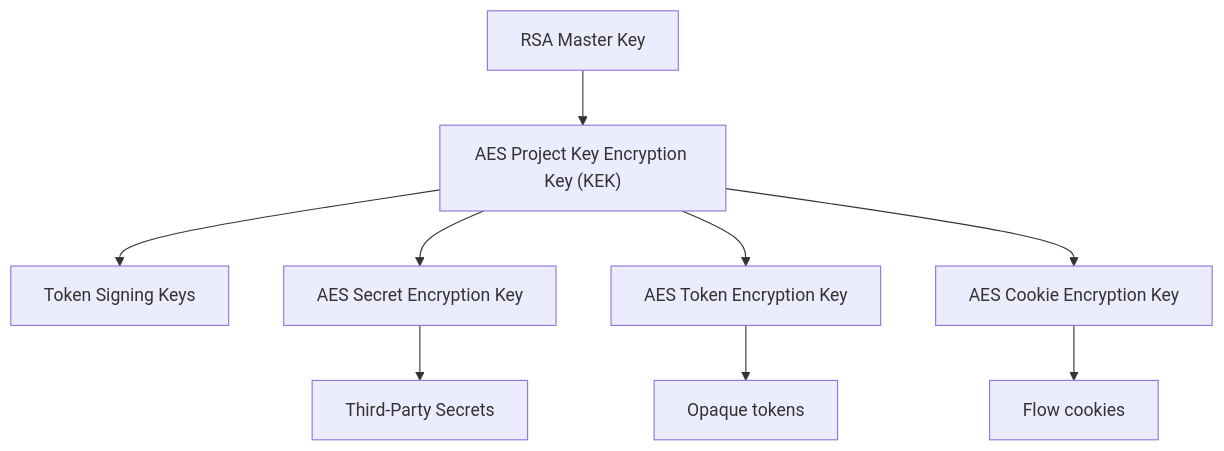
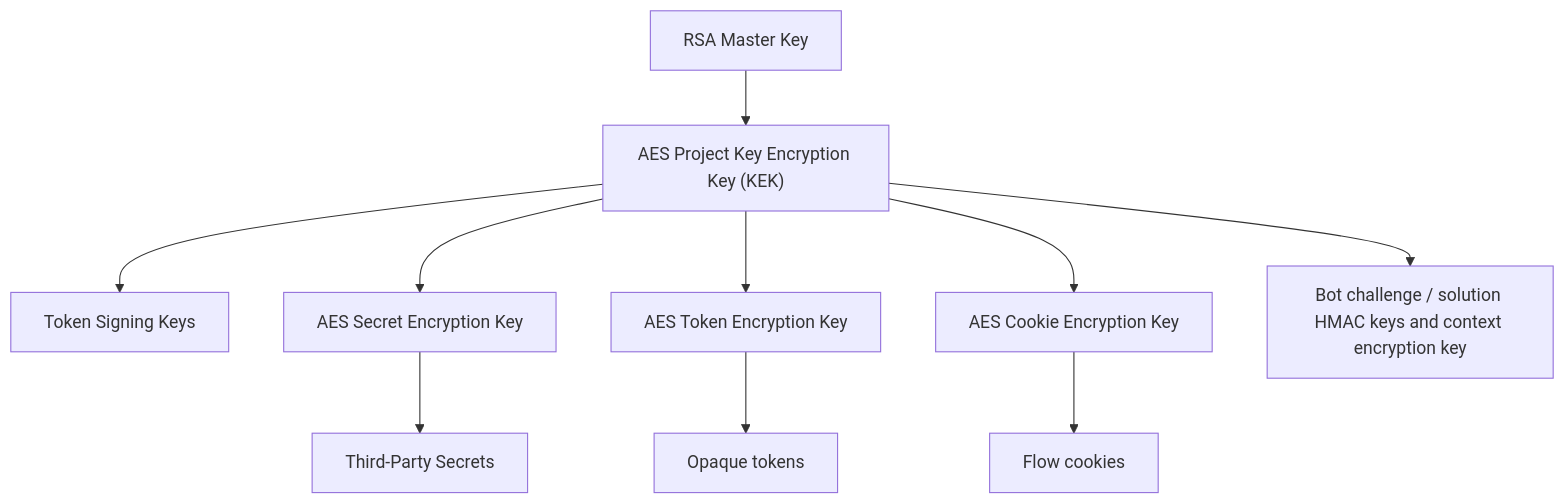
The diagram in docs/adrs/029-cryptography-secrets-and-key-lifecycle.md (zitadel/nextgen), drawn with Mermaid before and after one commit. The commit also changed other lines of this file and 59 other files, not shown here.

````diff
--- a/docs/adrs/029-cryptography-secrets-and-key-lifecycle.md
+++ b/docs/adrs/029-cryptography-secrets-and-key-lifecycle.md
@@ -100,22 +140,24 @@
 ```mermaid
 graph TD
 %% Nodes
     MasterKey["RSA Master Key"]
     KEK["AES Project Key Encryption Key (KEK)"]
     TokenSigningKeys["Token Signing Keys"]
     SecretEncryptionKey["AES Secret Encryption Key"]
     TokenEncryptionKey["AES Token Encryption Key"]
     CookieEncryptionKey["AES Cookie Encryption Key"]
+    BotKeys["Bot challenge / solution HMAC keys and context encryption key"]
     ThirdPartySecrets["Third-Party Secrets"]
     OpaqueTokens["Opaque tokens"]
     Cookies["Flow cookies"]
 %% Hierarchy Relationships
     MasterKey --> KEK
     KEK --> TokenSigningKeys
     KEK --> SecretEncryptionKey
     KEK --> TokenEncryptionKey
     KEK --> CookieEncryptionKey
+    KEK --> BotKeys
     SecretEncryptionKey --> ThirdPartySecrets
     TokenEncryptionKey --> OpaqueTokens
     CookieEncryptionKey --> Cookies
  ```
````
